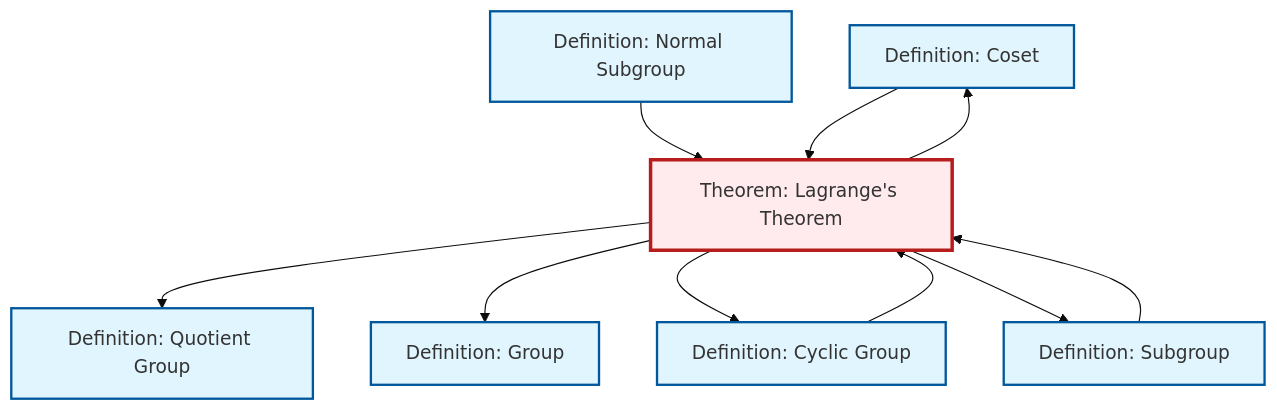
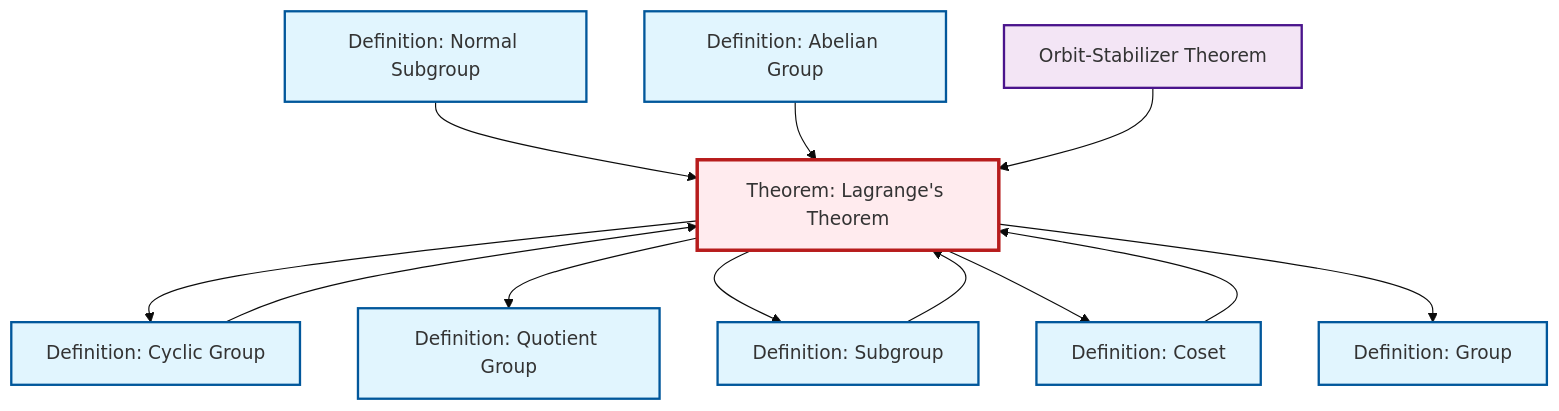
Before and after one commit to RK0429/ModernMath: the diagram in content/ja/algebra/thm-lagrange.qmd, drawn with Mermaid (base theme). The commit also changed 474 other files, not shown here.

````diff
--- a/content/ja/algebra/thm-lagrange.qmd
+++ b/content/ja/algebra/thm-lagrange.qmd
@@ -44,32 +44,38 @@
 ```{mermaid}
 %%| fig-cap: "Local dependency graph"
 graph TD
     classDef definition fill:#e1f5fe,stroke:#01579b,stroke-width:2px
     classDef theorem fill:#f3e5f5,stroke:#4a148c,stroke-width:2px
     classDef axiom fill:#fff3e0,stroke:#e65100,stroke-width:2px
     classDef example fill:#e8f5e9,stroke:#1b5e20,stroke-width:2px
     classDef current fill:#ffebee,stroke:#b71c1c,stroke-width:3px
+    def-abelian-group["Definition: Abelian Group"]:::definition
+    def-quotient-group["Definition: Quotient Group"]:::definition
+    def-cyclic-group["Definition: Cyclic Group"]:::definition
+    thm-lagrange["Theorem: Lagrange's Theorem"]:::theorem
     def-coset["Definition: Coset"]:::definition
+    def-normal-subgroup["Definition: Normal Subgroup"]:::definition
     def-group["Definition: Group"]:::definition
-    def-normal-subgroup["Definition: Normal Subgroup"]:::definition
-    def-quotient-group["Definition: Quotient Group"]:::definition
-    thm-lagrange["Theorem: Lagrange's Theorem"]:::theorem
-    def-cyclic-group["Definition: Cyclic Group"]:::definition
+    thm-orbit-stabilizer["Orbit-Stabilizer Theorem"]:::theorem
     def-subgroup["Definition: Subgroup"]:::definition
+    thm-lagrange --> def-cyclic-group
     thm-lagrange --> def-quotient-group
+    thm-lagrange --> def-subgroup
+    def-cyclic-group --> thm-lagrange
     def-normal-subgroup --> thm-lagrange
+    thm-lagrange --> def-coset
+    def-abelian-group --> thm-lagrange
+    thm-orbit-stabilizer --> thm-lagrange
     thm-lagrange --> def-group
-    thm-lagrange --> def-cyclic-group
-    thm-lagrange --> def-coset
+    def-subgroup --> thm-lagrange
     def-coset --> thm-lagrange
-    def-cyclic-group --> thm-lagrange
-    thm-lagrange --> def-subgroup
-    def-subgroup --> thm-lagrange
     class thm-lagrange current
-    click def-coset "def-coset.html" "Definition: Cosetへ"
-    click def-group "def-group.html" "Definition: Groupへ"
-    click def-normal-subgroup "def-normal-subgroup.html" "Definition: Normal Subgroupへ"
+    click def-abelian-group "def-abelian-group.html" "Definition: Abelian Groupへ"
     click def-quotient-group "def-quotient-group.html" "Definition: Quotient Groupへ"
     click def-cyclic-group "def-cyclic-group.html" "Definition: Cyclic Groupへ"
+    click def-coset "def-coset.html" "Definition: Cosetへ"
+    click def-normal-subgroup "def-normal-subgroup.html" "Definition: Normal Subgroupへ"
+    click def-group "def-group.html" "Definition: Groupへ"
+    click thm-orbit-stabilizer "thm-orbit-stabilizer.html" "Orbit-Stabilizer Theoremへ"
     click def-subgroup "def-subgroup.html" "Definition: Subgroupへ"
 ```
````
